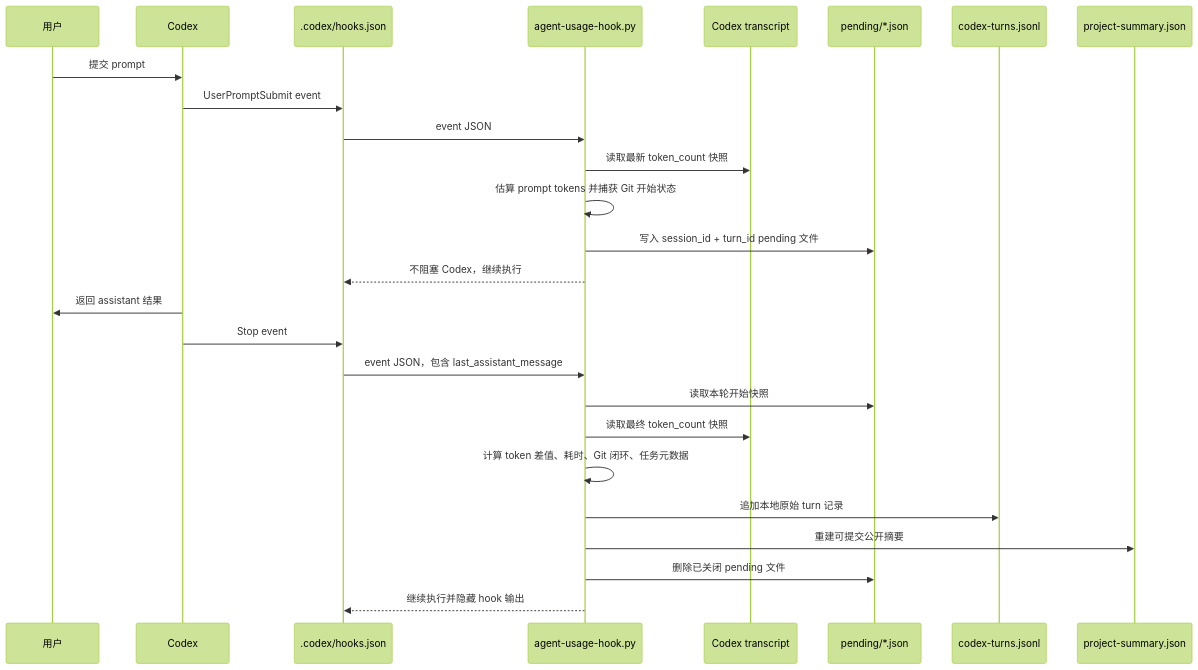
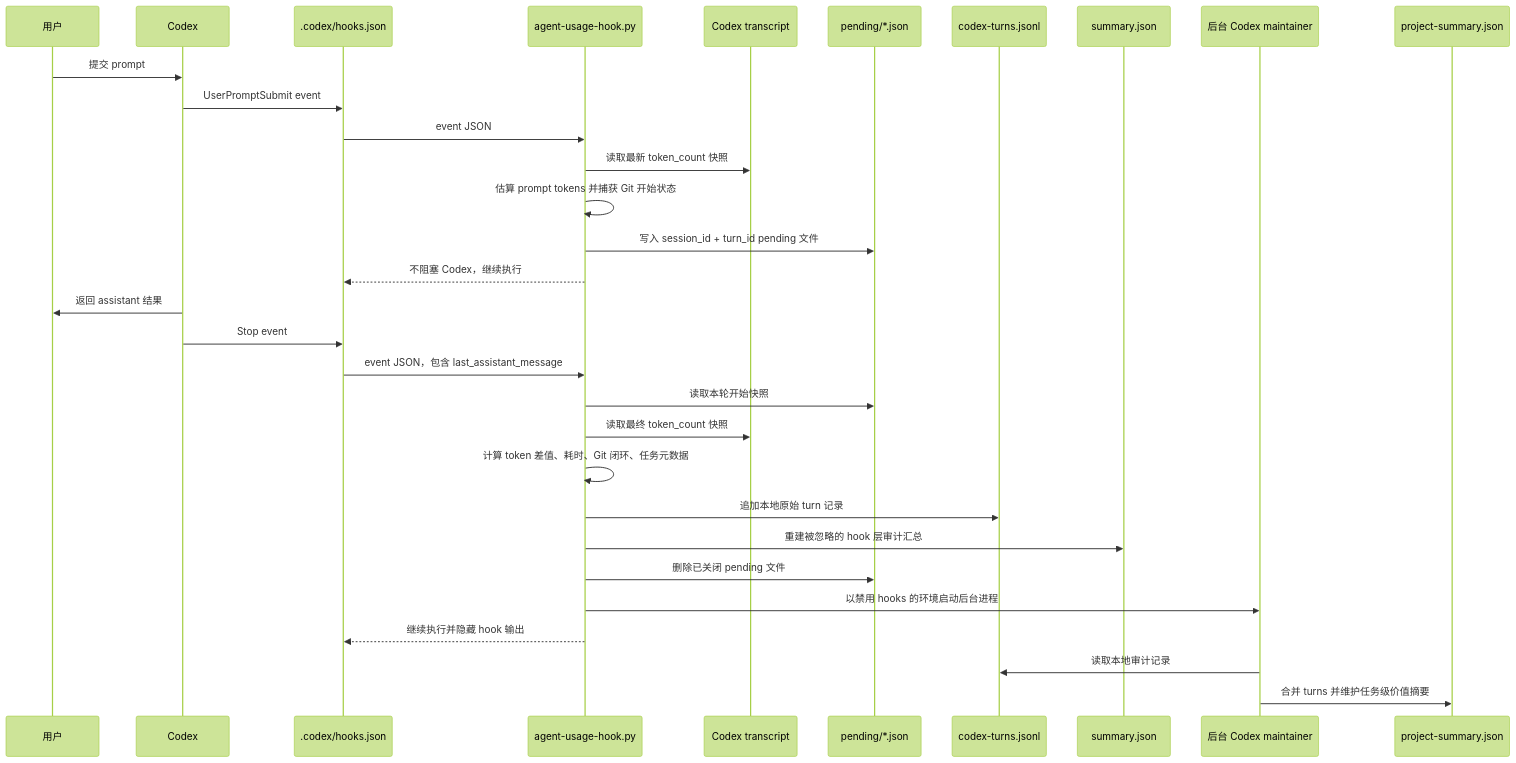
Before and after one commit to netlayer-team/agent-handoff-metrics-bootstrap: the third of 6 diagrams in docs/design_zh.md, drawn with Mermaid (forest theme). The commit also changed other lines of this file and 6 other files, not shown here.

Commit message:
feat(metrics): add task-level value summary maintainer

````diff
--- a/docs/design_zh.md
+++ b/docs/design_zh.md
@@ -94,30 +100,35 @@
 ```mermaid
 sequenceDiagram
   participant User as 用户
   participant Codex
   participant Hooks as .codex/hooks.json
   participant Script as agent-usage-hook.py
   participant Transcript as Codex transcript
   participant Pending as pending/*.json
   participant Records as codex-turns.jsonl
-  participant Summary as project-summary.json
+  participant LocalSummary as summary.json
+  participant Maintainer as 后台 Codex maintainer
+  participant ProjectSummary as project-summary.json
 
   User->>Codex: 提交 prompt
   Codex->>Hooks: UserPromptSubmit event
   Hooks->>Script: event JSON
   Script->>Transcript: 读取最新 token_count 快照
   Script->>Script: 估算 prompt tokens 并捕获 Git 开始状态
   Script->>Pending: 写入 session_id + turn_id pending 文件
   Script-->>Hooks: 不阻塞 Codex，继续执行
 
   Codex->>User: 返回 assistant 结果
   Codex->>Hooks: Stop event
   Hooks->>Script: event JSON，包含 last_assistant_message
   Script->>Pending: 读取本轮开始快照
   Script->>Transcript: 读取最终 token_count 快照
   Script->>Script: 计算 token 差值、耗时、Git 闭环、任务元数据
   Script->>Records: 追加本地原始 turn 记录
-  Script->>Summary: 重建可提交公开摘要
+  Script->>LocalSummary: 重建被忽略的 hook 层审计汇总
   Script->>Pending: 删除已关闭 pending 文件
+  Script->>Maintainer: 以禁用 hooks 的环境启动后台进程
   Script-->>Hooks: 继续执行并隐藏 hook 输出
+  Maintainer->>Records: 读取本地审计记录
+  Maintainer->>ProjectSummary: 合并 turns 并维护任务级价值摘要
 ```
````
